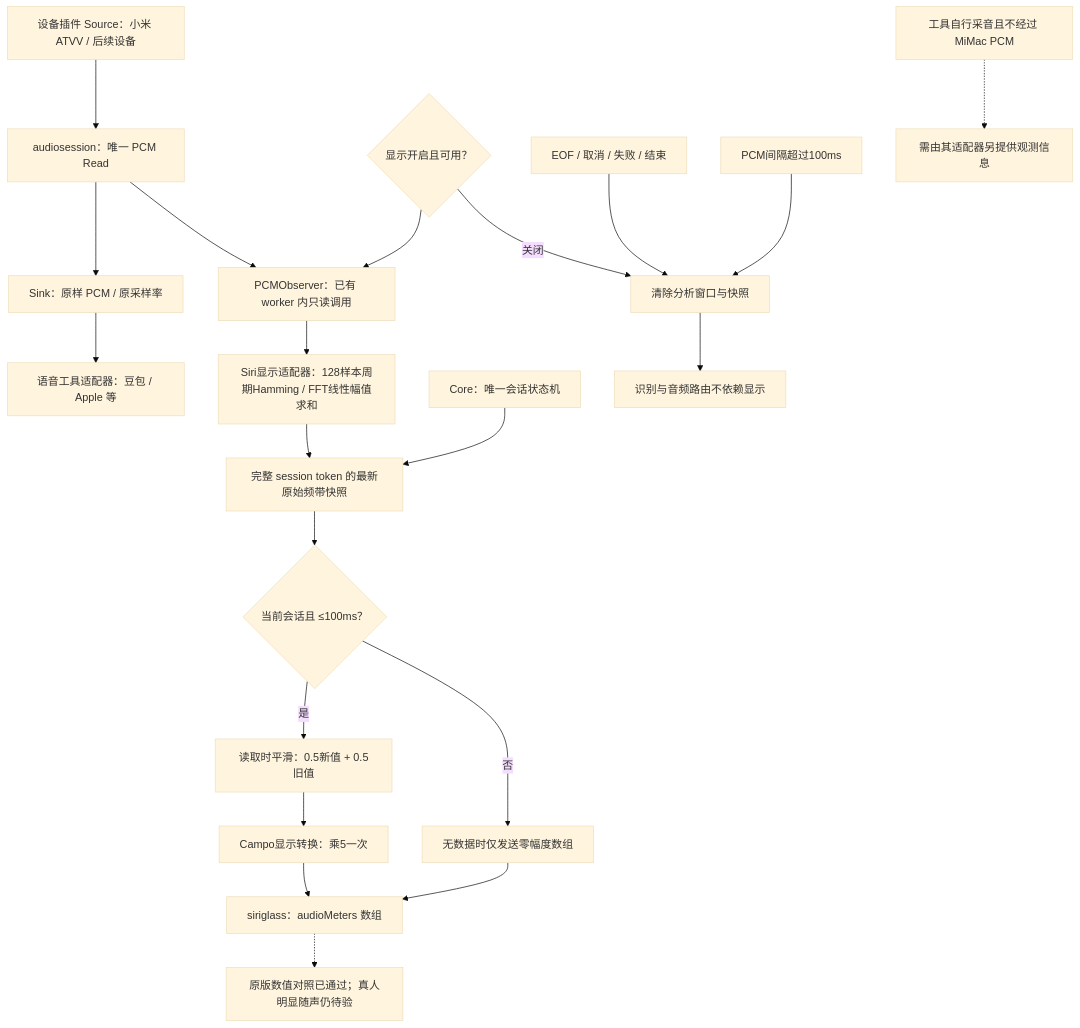
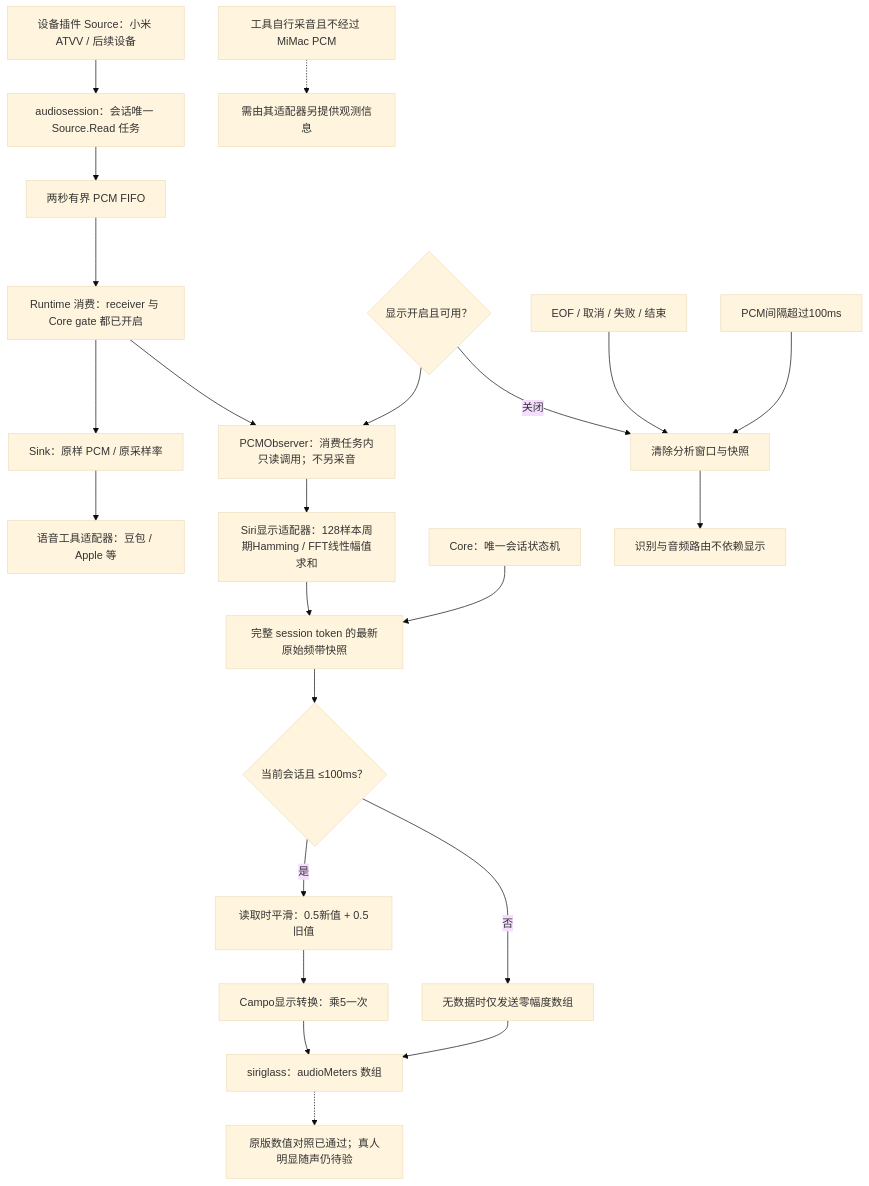
One commit to daftAI2026/MiMac changed the diagram in tools/workbench/diagrams/shared-pcm-observation.mmd. Above: the diagram before and after it, drawn with Mermaid (base theme). The commit also changed 16 other files, not shown here.

```diff
--- a/tools/workbench/diagrams/shared-pcm-observation.mmd
+++ b/tools/workbench/diagrams/shared-pcm-observation.mmd
@@ -1,21 +1,23 @@
 flowchart TD
-    device["设备插件 Source：小米 ATVV / 后续设备"] --> read["audiosession：唯一 PCM Read"]
-    read --> sink["Sink：原样 PCM / 原采样率"]
+    device["设备插件 Source：小米 ATVV / 后续设备"] --> read["audiosession：会话唯一 Source.Read 任务"]
+    read --> fifo["两秒有界 PCM FIFO"]
+    fifo --> consume["Runtime 消费：receiver 与 Core gate 都已开启"]
+    consume --> sink["Sink：原样 PCM / 原采样率"]
     sink --> target["语音工具适配器：豆包 / Apple 等"]
-    read --> observer["PCMObserver：已有 worker 内只读调用"]
+    consume --> observer["PCMObserver：消费任务内只读调用；不另采音"]
     enabled{"显示开启且可用？"} --> observer
     observer --> bands["Siri显示适配器：128样本周期Hamming / FFT线性幅值求和"]
     bands --> mailbox["完整 session token 的最新原始频带快照"]
     core["Core：唯一会话状态机"] --> mailbox
     mailbox --> fresh{"当前会话且 ≤100ms？"}
     fresh -->|是| smooth["读取时平滑：0.5新值 + 0.5旧值"]
     smooth --> convert["Campo显示转换：乘5一次"]
     convert --> view["siriglass：audioMeters 数组"]
     fresh -->|否| quiet["无数据时仅发送零幅度数组"]
     quiet --> view
     ending["EOF / 取消 / 失败 / 结束"] --> clear["清除分析窗口与快照"]
     enabled -->|关闭| clear
     clear --> independent["识别与音频路由不依赖显示"]
     view -.-> original["原版数值对照已通过；真人明显随声仍待验"]
     gap["PCM间隔超过100ms"] --> clear
     own["工具自行采音且不经过 MiMac PCM"] -.-> adapter["需由其适配器另提供观测信息"]
```
